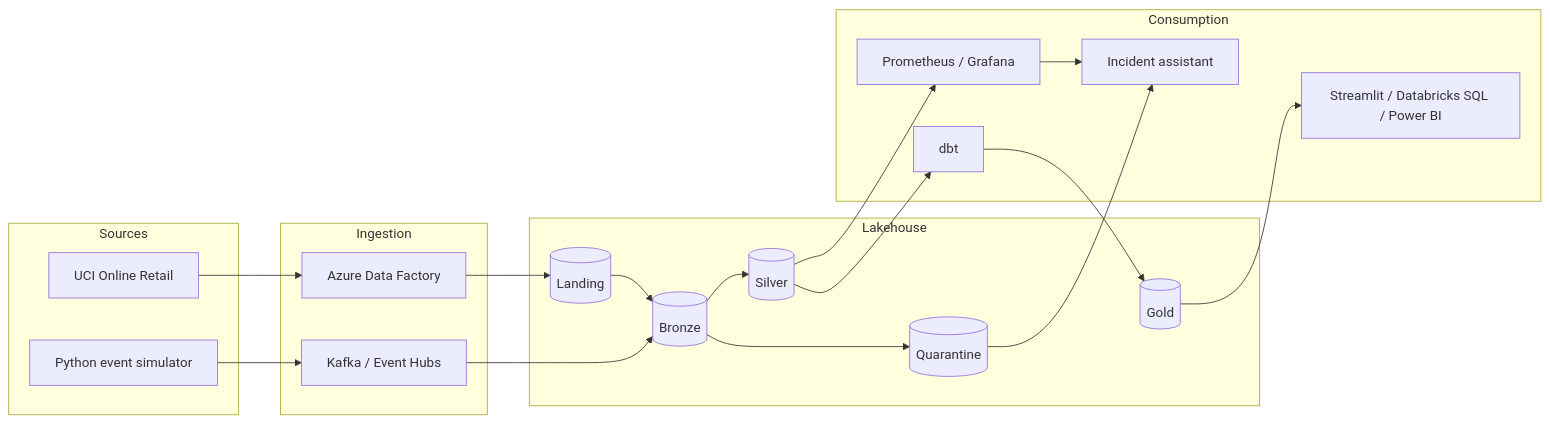
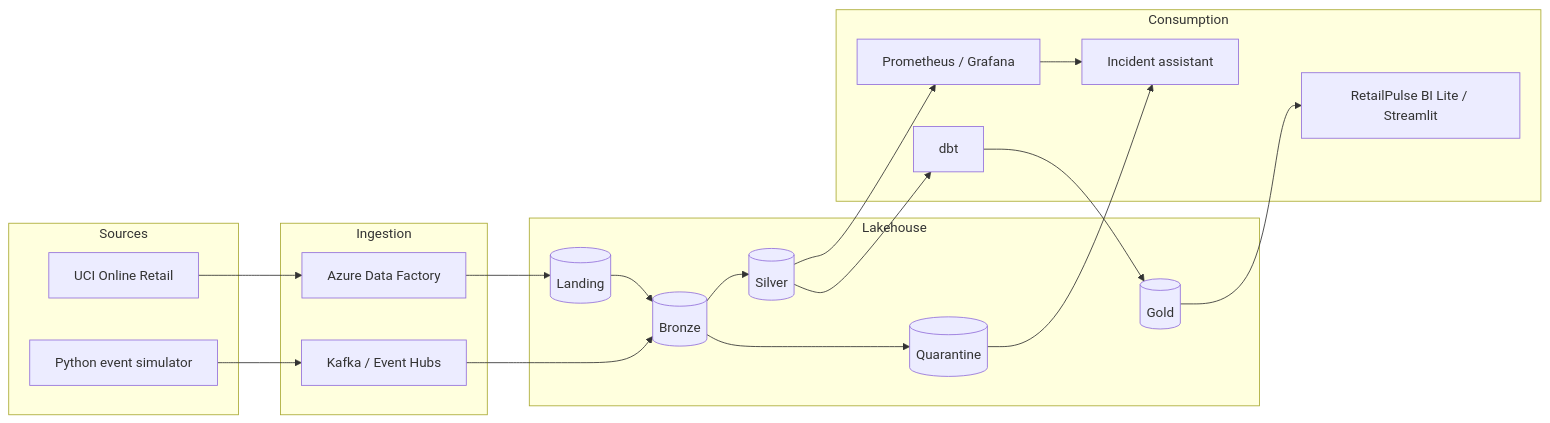
The first of 5 diagrams in docs/architecture.md (PK-999/retailpulse), drawn with Mermaid before and after one commit. The commit also changed other lines of this file and 123 other files, not shown here.

Commit message:
feat: complete and verify the RetailPulse portfolio platform

````diff
--- a/docs/architecture.md
+++ b/docs/architecture.md
@@ -11,35 +11,35 @@
 ```mermaid
 flowchart LR
     subgraph Sources
         UCI[UCI Online Retail]
         SIM[Python event simulator]
     end
 
     subgraph Ingestion
         ADF[Azure Data Factory]
         BUS[Kafka / Event Hubs]
     end
 
     subgraph Lakehouse
         LAND[(Landing)]
         BRONZE[(Bronze)]
         SILVER[(Silver)]
         QUAR[(Quarantine)]
         GOLD[(Gold)]
     end
 
     subgraph Consumption
         DBT[dbt]
-        BI[Streamlit / Databricks SQL / Power BI]
+        BI[RetailPulse BI Lite / Streamlit]
         OBS[Prometheus / Grafana]
         AI[Incident assistant]
     end
 
     UCI --> ADF --> LAND --> BRONZE
     SIM --> BUS --> BRONZE
     BRONZE --> SILVER
     BRONZE --> QUAR
     SILVER --> DBT --> GOLD --> BI
     SILVER --> OBS --> AI
     QUAR --> AI
 ```
````
